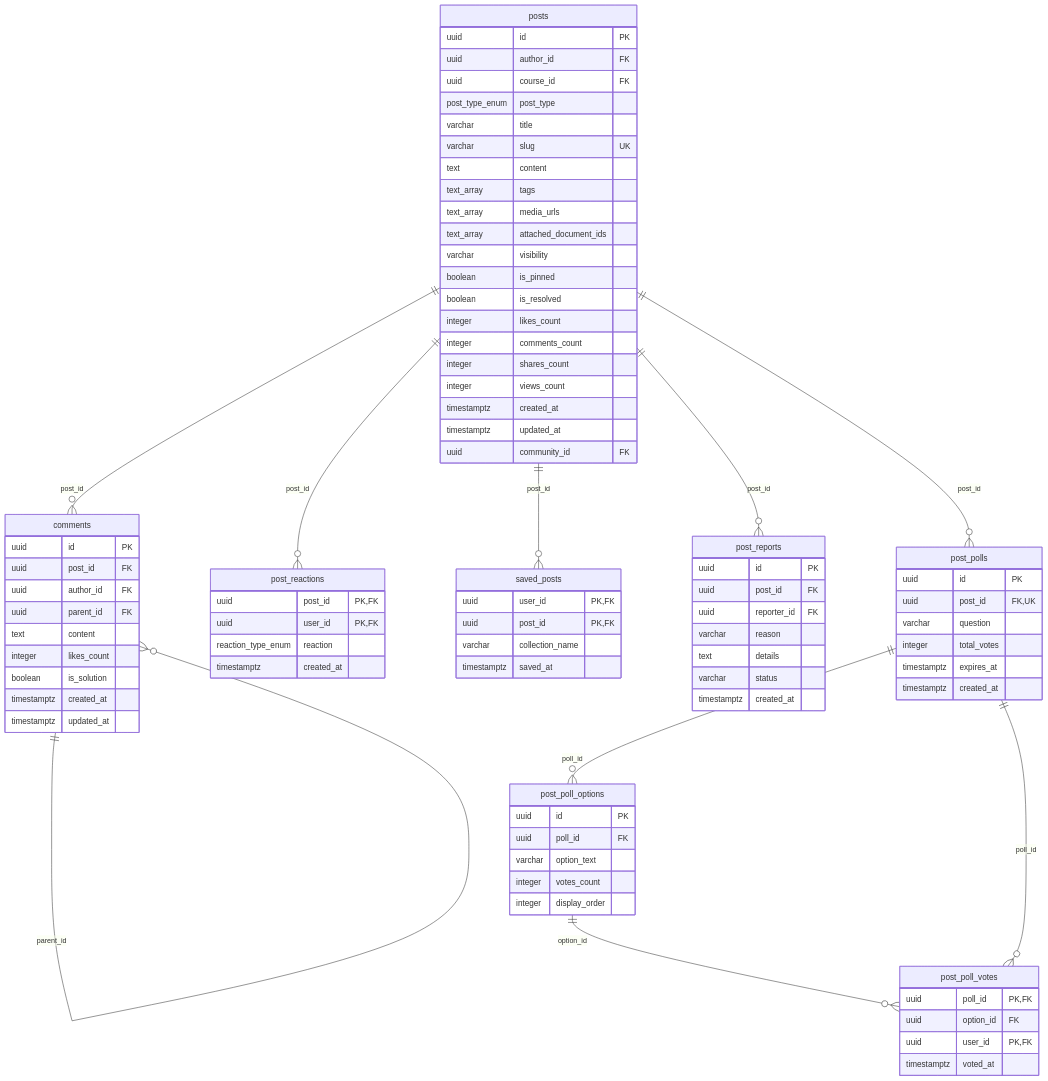
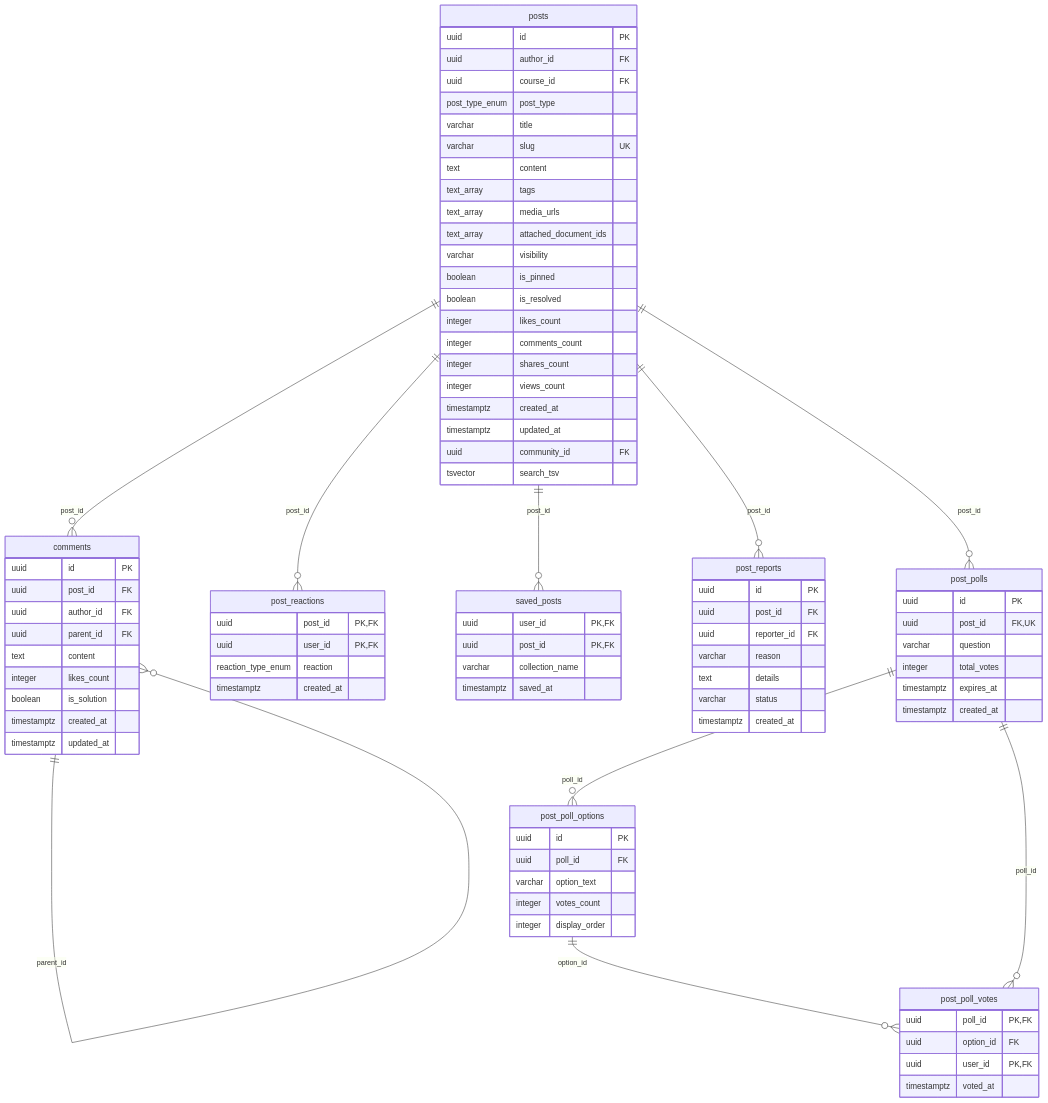
The third of 6 diagrams in docs/diagrams/04-erd.md (nhatcoi/pu-connect), drawn with Mermaid before and after one commit. The commit also changed other lines of this file and 5 other files, not shown here.

Commit message:
docs(search): design and business rules, flow, ERD, roles backlog

```diff
--- a/docs/diagrams/04-erd.md
+++ b/docs/diagrams/04-erd.md
@@ -168,6 +172,7 @@
     timestamptz created_at
     timestamptz updated_at
     uuid community_id FK
+    tsvector search_tsv
   }
   comments {
     uuid id PK
```
